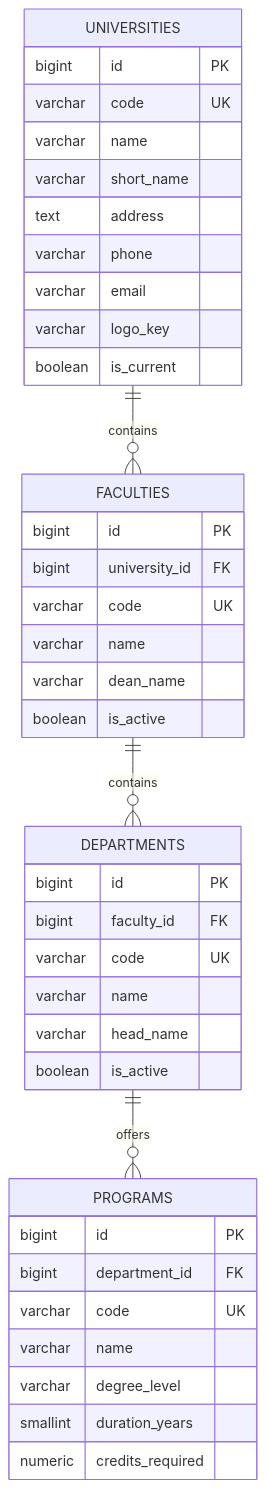
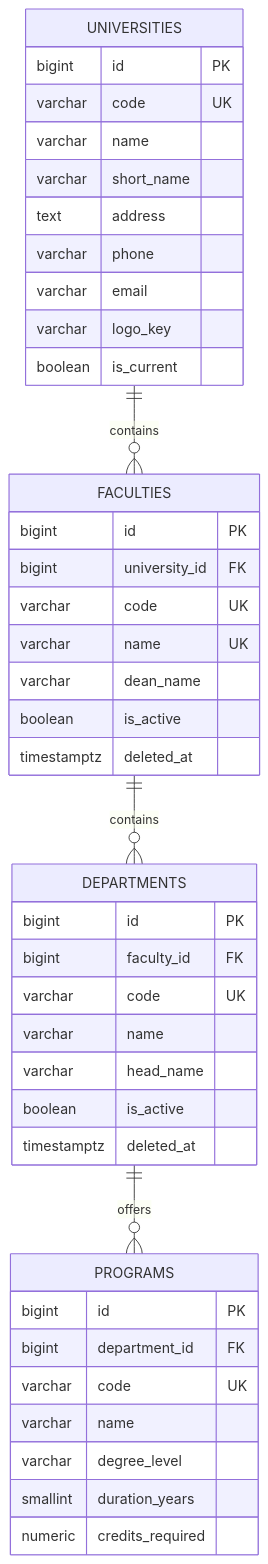
One commit to RITH-1437/educore changed the diagram in docs/database/erd/university-structure.md. Above: the diagram before and after it, drawn with Mermaid. The commit also changed other lines of this file and 72 other files, not shown here.

````diff
--- a/docs/database/erd/university-structure.md
+++ b/docs/database/erd/university-structure.md
@@ -5,43 +5,45 @@
 ```mermaid
 erDiagram
     UNIVERSITIES ||--o{ FACULTIES : "contains"
     FACULTIES ||--o{ DEPARTMENTS : "contains"
     DEPARTMENTS ||--o{ PROGRAMS : "offers"
 
     UNIVERSITIES {
         bigint id PK
         varchar code UK
         varchar name
         varchar short_name
         text address
         varchar phone
         varchar email
         varchar logo_key
         boolean is_current
     }
     FACULTIES {
         bigint id PK
         bigint university_id FK
         varchar code UK
-        varchar name
+        varchar name UK
         varchar dean_name
         boolean is_active
+        timestamptz deleted_at
     }
     DEPARTMENTS {
         bigint id PK
         bigint faculty_id FK
         varchar code UK
         varchar name
         varchar head_name
         boolean is_active
+        timestamptz deleted_at
     }
     PROGRAMS {
         bigint id PK
         bigint department_id FK
         varchar code UK
         varchar name
         varchar degree_level
         smallint duration_years
         numeric credits_required
     }
 ```
````
